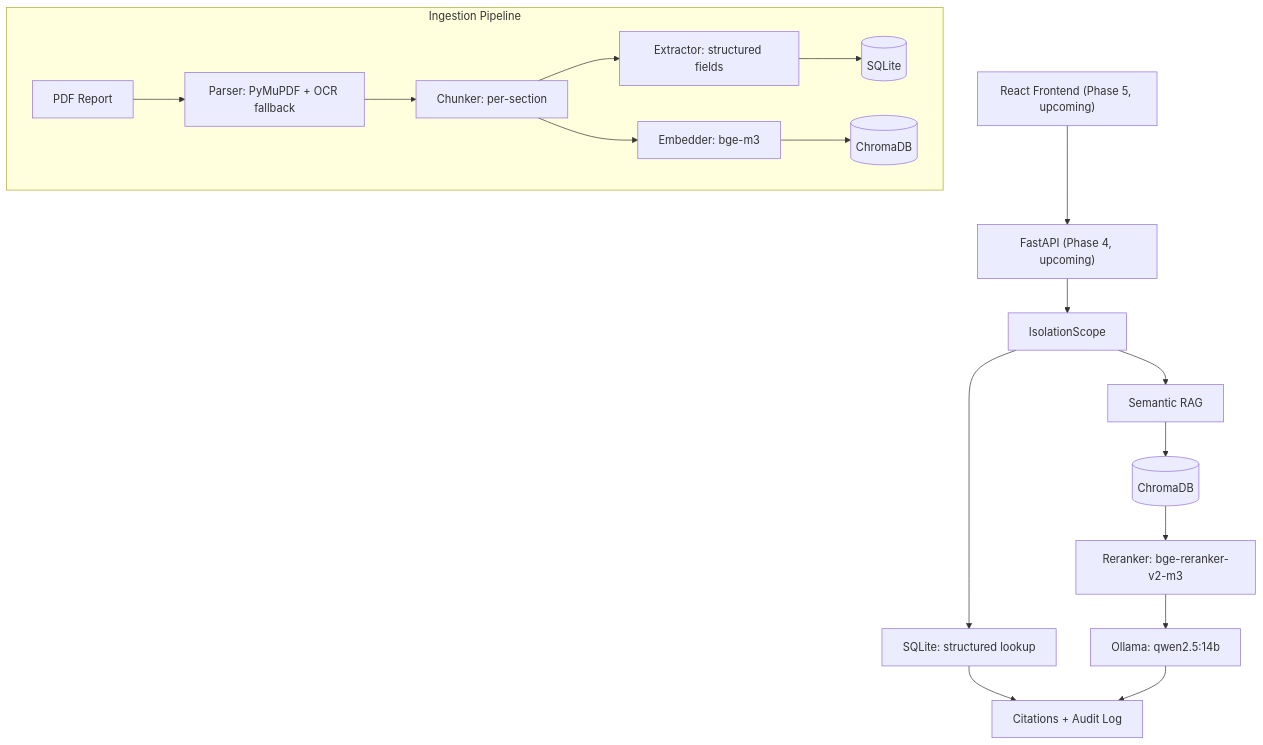
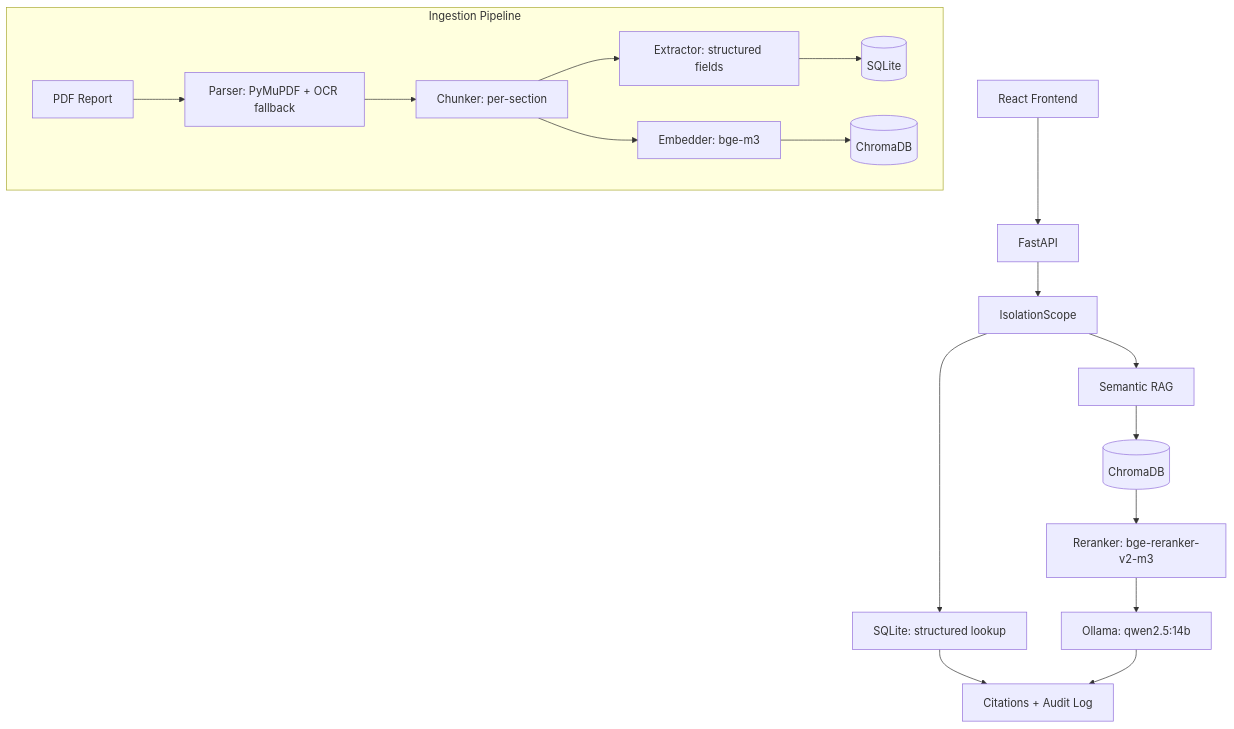
Before and after one commit to GiorgosPanagopoulos/evalassist: the diagram in README.md, drawn with Mermaid. The commit also changed other lines of this file, not shown here.

Commit message:
📝 Refresh README: technology stack graphical abstract, all phases complete, API reference

````diff
--- a/README.md
+++ b/README.md
@@ -57,21 +96,21 @@
 ```mermaid
 graph TD
     subgraph Ingestion Pipeline
         PDF[PDF Report] --> Parser["Parser: PyMuPDF + OCR fallback"]
         Parser --> Chunker["Chunker: per-section"]
         Chunker --> Extractor["Extractor: structured fields"]
         Extractor --> SQLite1[(SQLite)]
         Chunker --> Embedder["Embedder: bge-m3"]
         Embedder --> Chroma1[(ChromaDB)]
     end
 
-    UI["React Frontend (Phase 5, upcoming)"] --> API["FastAPI (Phase 4, upcoming)"]
+    UI["React Frontend"] --> API["FastAPI"]
     API --> Isolation["IsolationScope"]
     Isolation --> SQL["SQLite: structured lookup"]
     Isolation --> Semantic["Semantic RAG"]
     Semantic --> Chroma2[(ChromaDB)]
     Chroma2 --> Reranker["Reranker: bge-reranker-v2-m3"]
     Reranker --> LLM["Ollama: qwen2.5:14b"]
     SQL --> Citations["Citations + Audit Log"]
     LLM --> Citations
 ```
````
